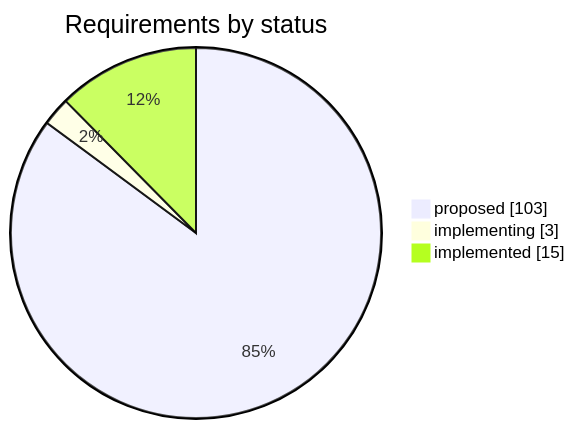
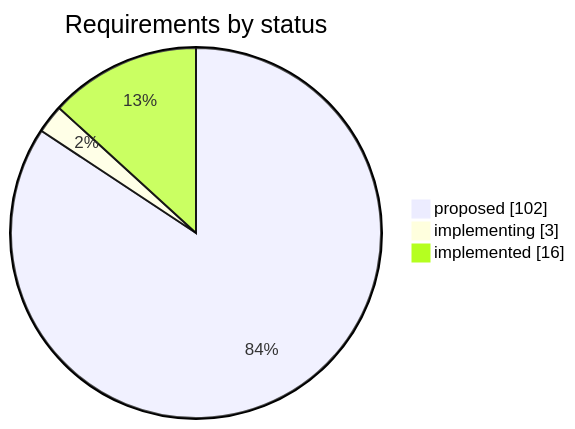
The first of 2 diagrams in STATUS.md (iammaxsu/automatic-testing-architecture), drawn with Mermaid before and after one commit. The commit also changed other lines of this file and 7 other files, not shown here.

````diff
--- a/STATUS.md
+++ b/STATUS.md
@@ -25,6 +25,6 @@
 ```mermaid
 pie showData title Requirements by status
-    "proposed" : 103
+    "proposed" : 102
     "implementing" : 3
-    "implemented" : 15
+    "implemented" : 16
 ```
````
